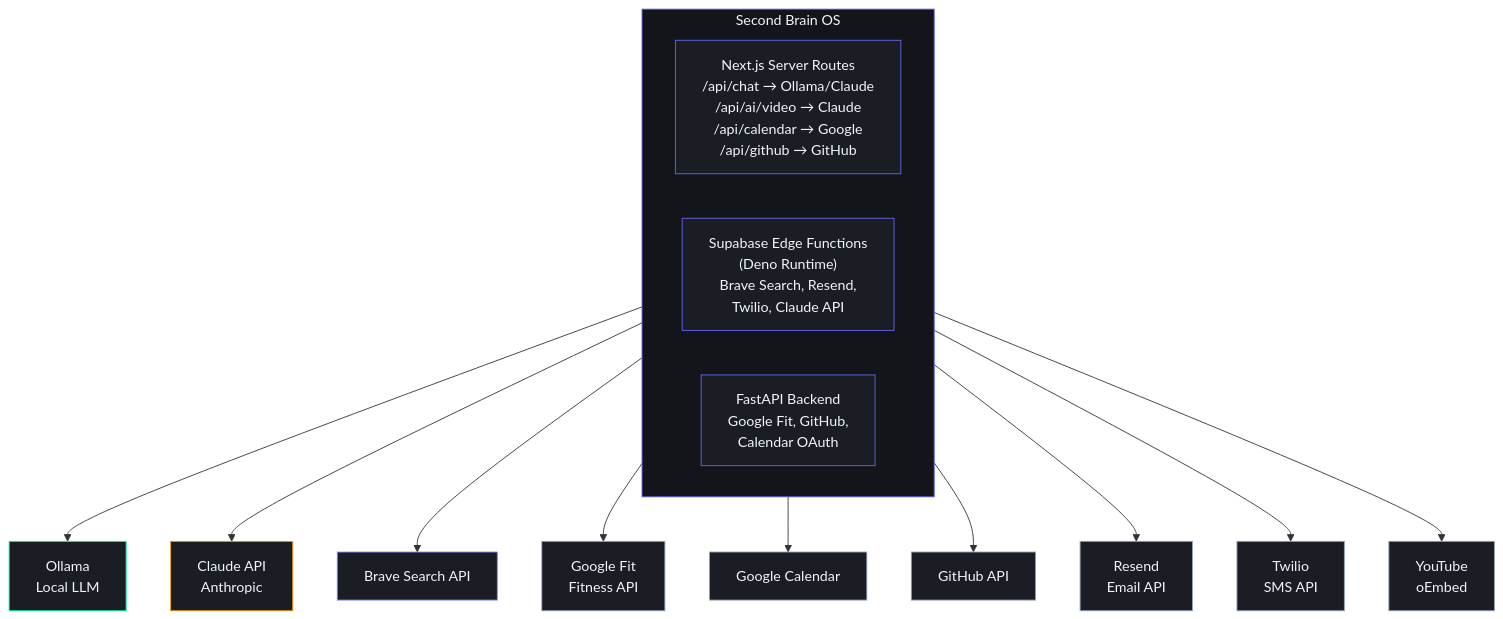
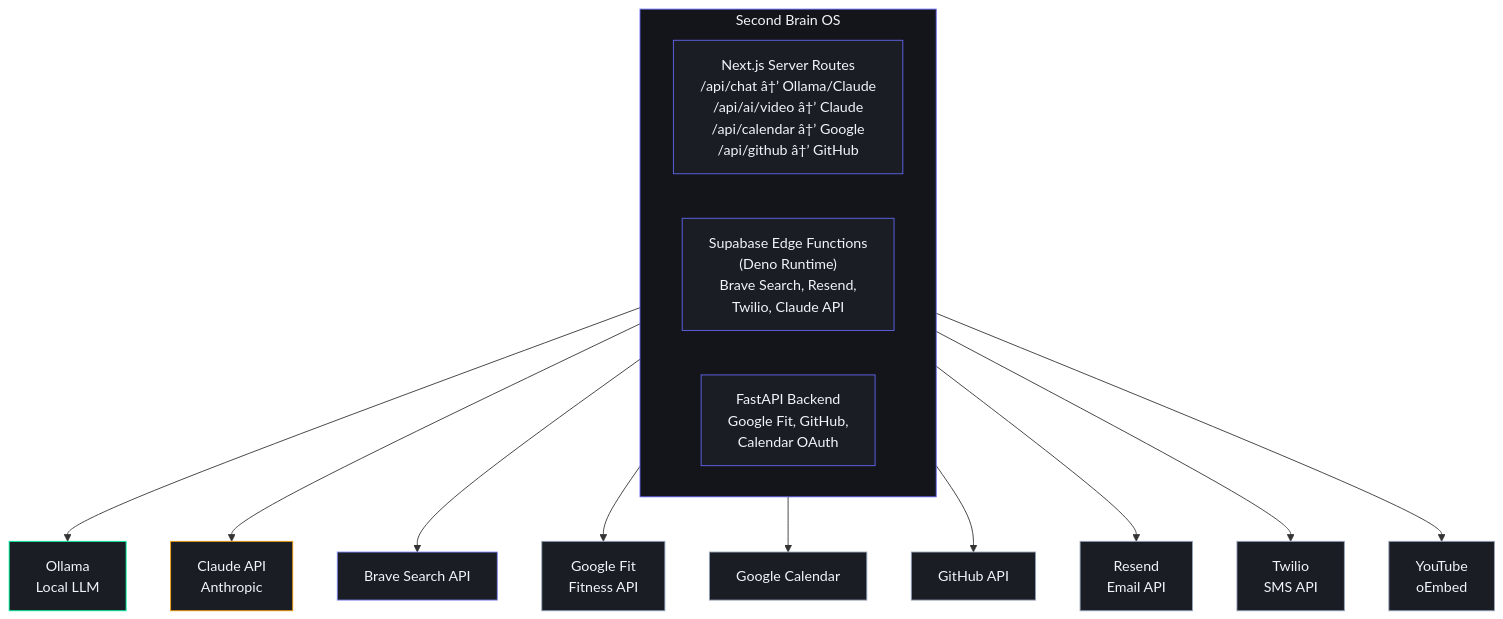
One commit to rohitkumarnaidu/ARIA-OS---SecondBrain- changed the first of 2 diagrams in docs/engineering/37_IntegrationArchitecture.md. Above: the diagram before and after it, drawn with Mermaid. The commit also changed other lines of this file and 9 other files, not shown here.

````diff
--- a/docs/engineering/37_IntegrationArchitecture.md
+++ b/docs/engineering/37_IntegrationArchitecture.md
@@ -11,32 +20,32 @@
 ```mermaid
 graph TD
     subgraph OS["Second Brain OS"]
-        A["Next.js Server Routes<br/>/api/chat → Ollama/Claude<br/>/api/ai/video → Claude<br/>/api/calendar → Google<br/>/api/github → GitHub"]
+        A["Next.js Server Routes<br/>/api/chat â†’ Ollama/Claude<br/>/api/ai/video â†’ Claude<br/>/api/calendar â†’ Google<br/>/api/github â†’ GitHub"]
         B["Supabase Edge Functions<br/>(Deno Runtime)<br/>Brave Search, Resend,<br/>Twilio, Claude API"]
         C["FastAPI Backend<br/>Google Fit, GitHub,<br/>Calendar OAuth"]
     end
 
     OS --> D["Ollama<br/>Local LLM"]
     OS --> E["Claude API<br/>Anthropic"]
     OS --> F["Brave Search API"]
     OS --> G["Google Fit<br/>Fitness API"]
     OS --> H["Google Calendar"]
     OS --> I["GitHub API"]
     OS --> J["Resend<br/>Email API"]
     OS --> K["Twilio<br/>SMS API"]
     OS --> L["YouTube<br/>oEmbed"]
 
     style OS fill:#13151A,stroke:#6366F1,color:#F1F5F9
     style A fill:#1A1D24,stroke:#6366F1,color:#F1F5F9
     style B fill:#1A1D24,stroke:#6366F1,color:#F1F5F9
     style C fill:#1A1D24,stroke:#6366F1,color:#F1F5F9
     style D fill:#1A1D24,stroke:#00FFA3,color:#F1F5F9
     style E fill:#1A1D24,stroke:#F59E0B,color:#F1F5F9
     style F fill:#1A1D24,stroke:#818CF8,color:#F1F5F9
     style G fill:#1A1D24,stroke:#94A3B8,color:#F1F5F9
     style H fill:#1A1D24,stroke:#94A3B8,color:#F1F5F9
     style I fill:#1A1D24,stroke:#94A3B8,color:#F1F5F9
     style J fill:#1A1D24,stroke:#94A3B8,color:#F1F5F9
     style K fill:#1A1D24,stroke:#94A3B8,color:#F1F5F9
     style L fill:#1A1D24,stroke:#94A3B8,color:#F1F5F9
 ```
````
